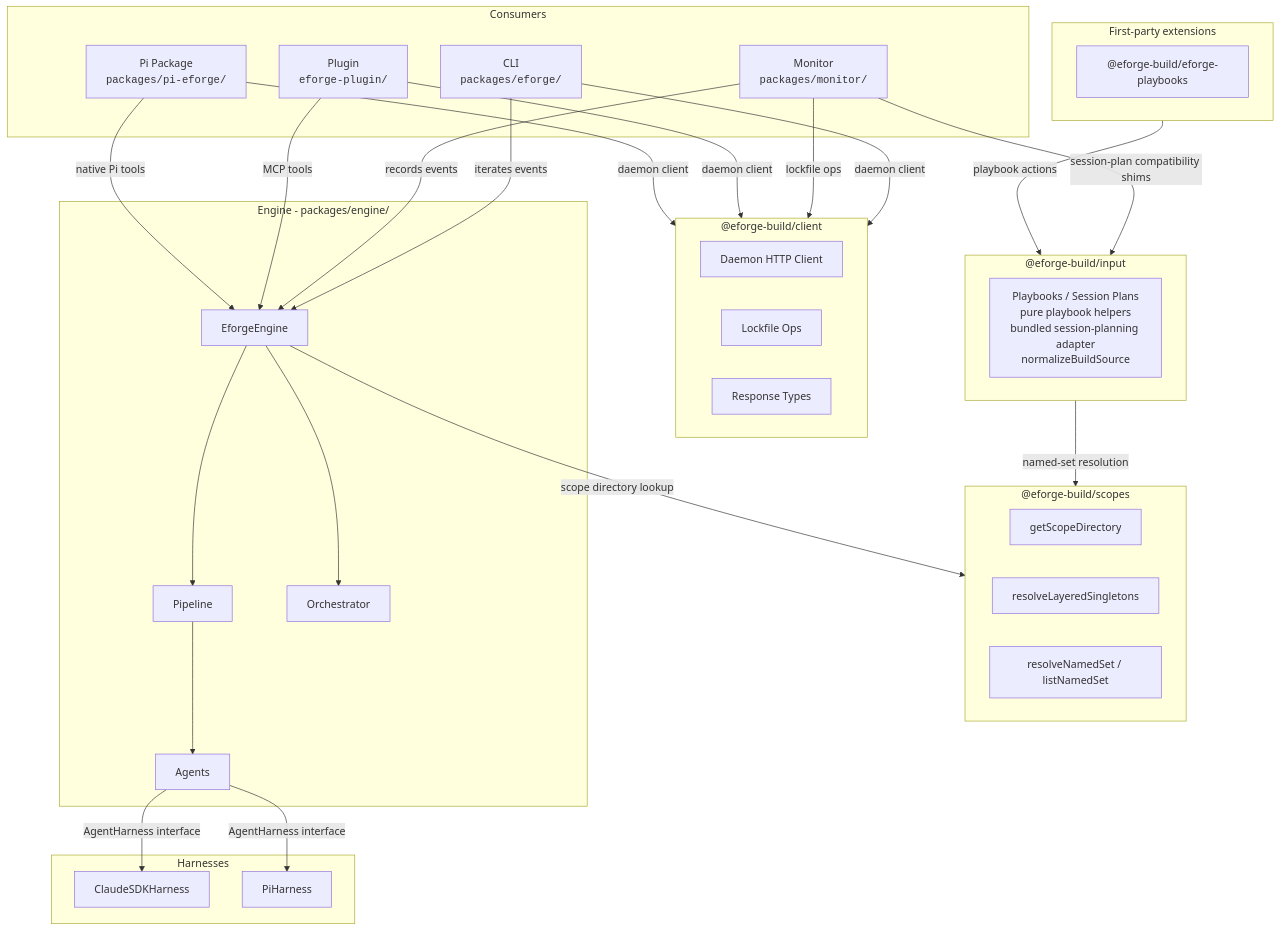
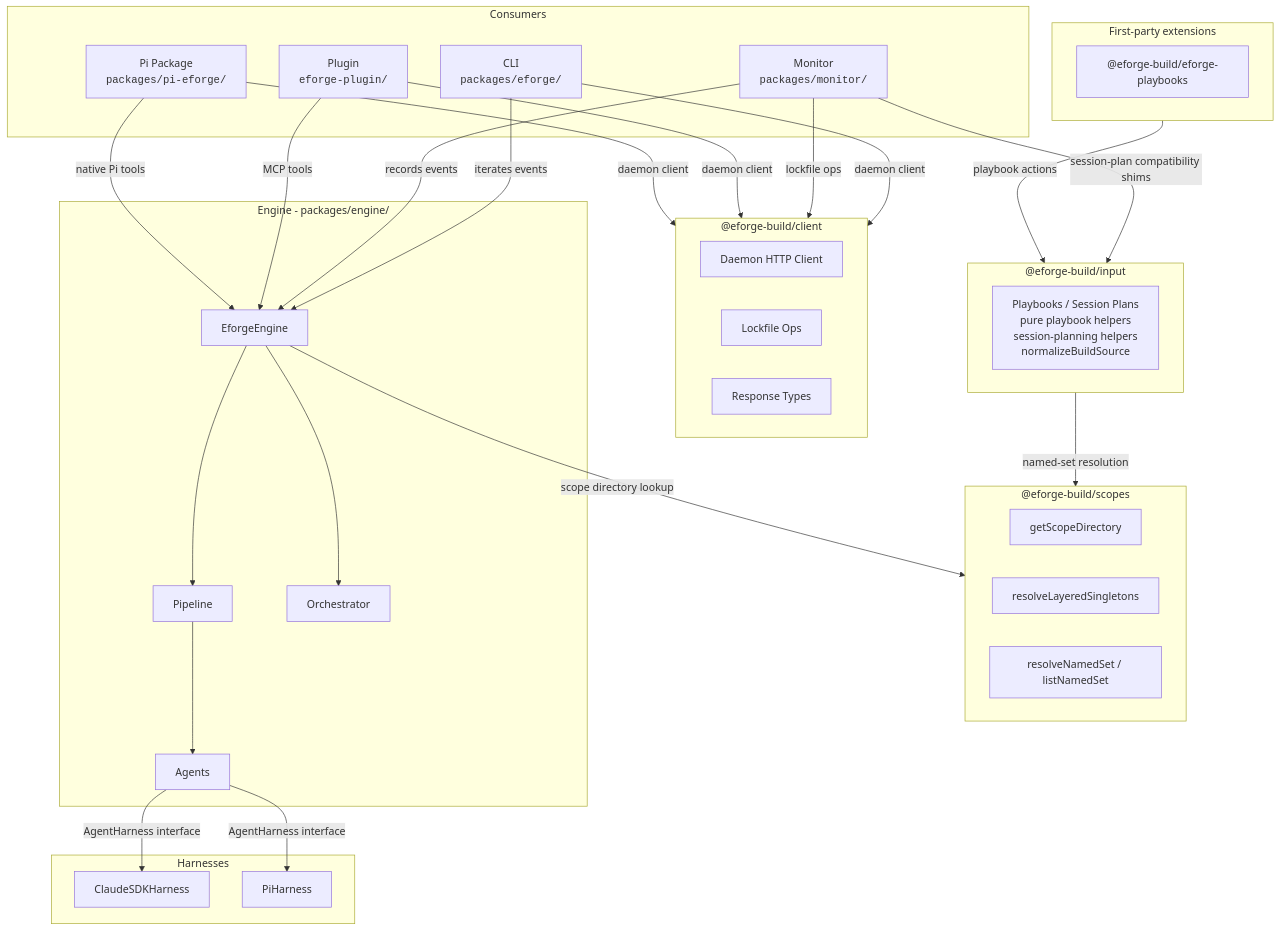
The first of 4 diagrams in docs/architecture.md (eforge-build/eforge), drawn with Mermaid before and after one commit. The commit also changed other lines of this file and 55 other files, not shown here.

````diff
--- a/docs/architecture.md
+++ b/docs/architecture.md
@@ -13,59 +13,59 @@
 ```mermaid
 graph TD
     subgraph Consumers
         CLI["CLI<br/><code>packages/eforge/</code>"]
         Monitor["Monitor<br/><code>packages/monitor/</code>"]
         Plugin["Plugin<br/><code>eforge-plugin/</code>"]
         PiPkg["Pi Package<br/><code>packages/pi-eforge/</code>"]
     end
 
     subgraph Client ["@eforge-build/client"]
         DaemonClient["Daemon HTTP Client"]
         LockfileOps["Lockfile Ops"]
         ResponseTypes["Response Types"]
     end
 
     subgraph Input ["@eforge-build/input"]
-        InputArtifacts["Playbooks / Session Plans<br/>pure playbook helpers<br/>bundled session-planning adapter<br/>normalizeBuildSource"]
+        InputArtifacts["Playbooks / Session Plans<br/>pure playbook helpers<br/>session-planning helpers<br/>normalizeBuildSource"]
     end
 
     subgraph Scopes ["@eforge-build/scopes"]
         ScopeDir["getScopeDirectory"]
         LayeredSingleton["resolveLayeredSingletons"]
         NamedSet["resolveNamedSet / listNamedSet"]
     end
 
     subgraph FirstPartyExtensions ["First-party extensions"]
         PlaybooksExt["@eforge-build/eforge-playbooks"]
     end
 
     subgraph Engine ["Engine - packages/engine/"]
         EforgeEngine["EforgeEngine"]
         Pipeline["Pipeline"]
         Orchestrator["Orchestrator"]
         Agents["Agents"]
     end
 
     subgraph Harnesses
         Claude["ClaudeSDKHarness"]
         Pi["PiHarness"]
     end
 
     CLI -->|"daemon client"| Client
     Monitor -->|"lockfile ops"| Client
     Plugin -->|"daemon client"| Client
     PiPkg -->|"daemon client"| Client
     CLI -->|"iterates events"| EforgeEngine
     Monitor -->|"records events"| EforgeEngine
     Monitor -->|"session-plan compatibility shims"| Input
     FirstPartyExtensions -->|"playbook actions"| Input
     Plugin -->|"MCP tools"| EforgeEngine
     PiPkg -->|"native Pi tools"| EforgeEngine
     EforgeEngine --> Pipeline
     EforgeEngine --> Orchestrator
     EforgeEngine -->|"scope directory lookup"| Scopes
     Input -->|"named-set resolution"| Scopes
     Pipeline --> Agents
     Agents -->|"AgentHarness interface"| Claude
     Agents -->|"AgentHarness interface"| Pi
 ```
````
